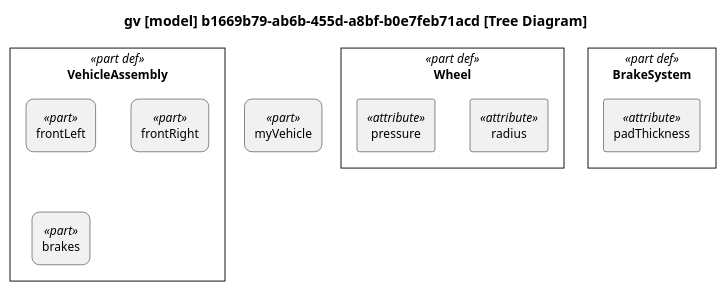
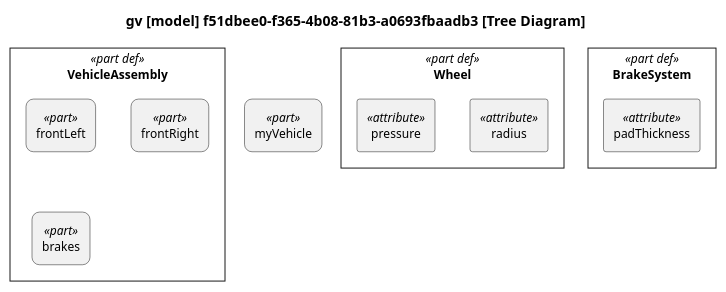
One commit to mycr0ft/sysml2py changed the diagram in docs/plantuml-examples/12-tree-diagram.puml. Above: the diagram before and after it, drawn with PlantUML. The commit also changed 27 other files, not shown here.

```diff
--- a/docs/plantuml-examples/12-tree-diagram.puml
+++ b/docs/plantuml-examples/12-tree-diagram.puml
@@ -1,53 +1,53 @@
 @startuml
 
 skinparam monochrome true
 skinparam wrapWidth 300
 skinparam defaultFontSize 12
 skinparam defaultFontName Helvetica
 
 skinparam rectangle<<part def>> {
     RoundCorner 0
 }
 skinparam rectangle<<part>> {
     RoundCorner 15
 }
 skinparam rectangle<<item def>> {
     RoundCorner 0
 }
 skinparam rectangle<<item>> {
     RoundCorner 15
 }
 skinparam rectangle<<action def>> {
     RoundCorner 0
 }
 skinparam rectangle<<action>> {
     RoundCorner 15
 }
 skinparam rectangle<<view def>> {
     RoundCorner 0
 }
 skinparam rectangle<<view>> {
     RoundCorner 15
 }
 
 top to bottom direction
 
-title gv [model] b1669b79-ab6b-455d-a8bf-b0e7feb71acd [Tree Diagram]
+title gv [model] f51dbee0-f365-4b08-81b3-a0693fbaadb3 [Tree Diagram]
 
 hide circle
 
 rectangle "Wheel" as E1 <<part def>> {
     rectangle "radius" as E2 <<attribute>>
     rectangle "pressure" as E3 <<attribute>>
 }
 rectangle "BrakeSystem" as E4 <<part def>> {
     rectangle "padThickness" as E5 <<attribute>>
 }
 rectangle "VehicleAssembly" as E6 <<part def>> {
     rectangle "frontLeft" as E7 <<part>>
     rectangle "frontRight" as E8 <<part>>
     rectangle "brakes" as E9 <<part>>
 }
 rectangle "myVehicle" as E10 <<part>>
 
 @enduml
```
